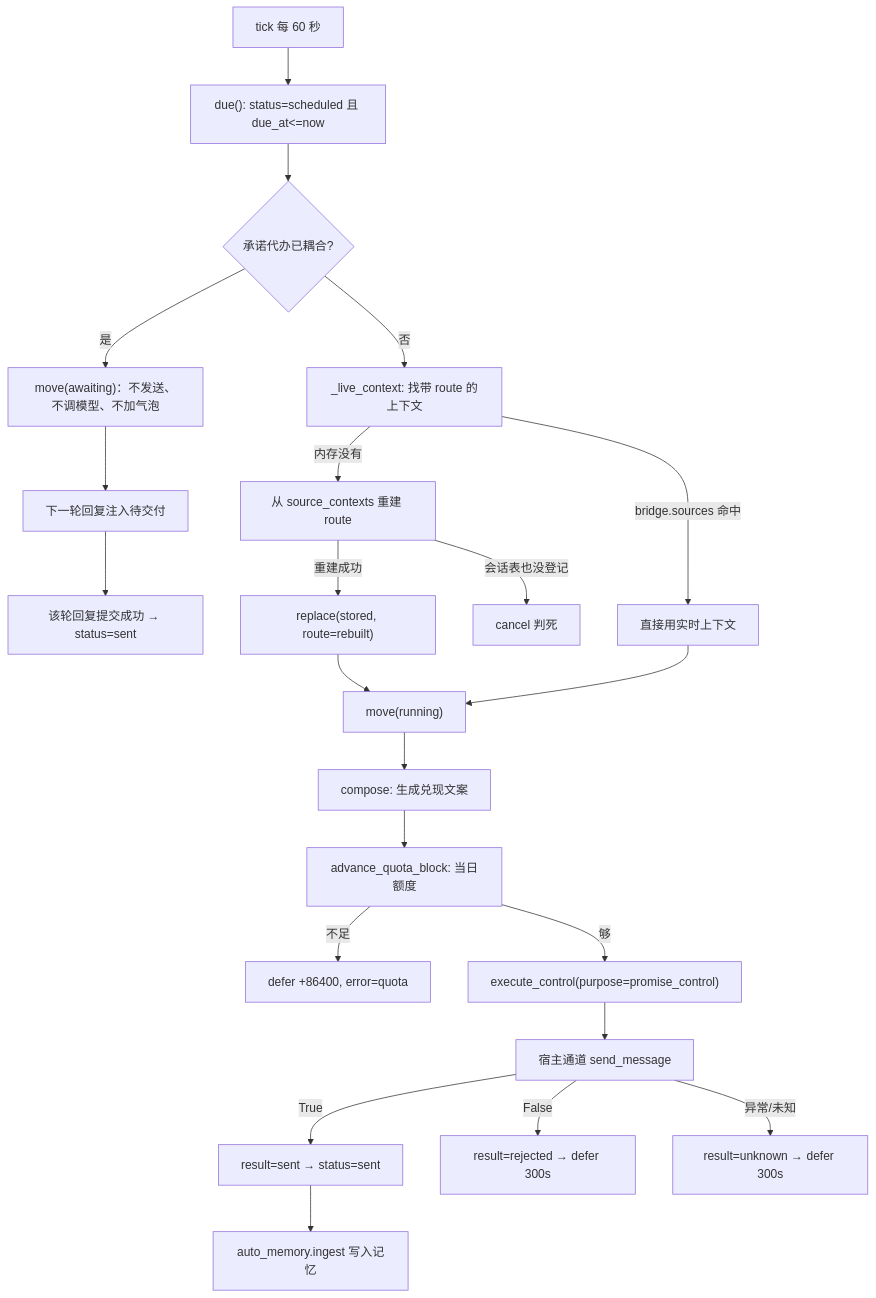
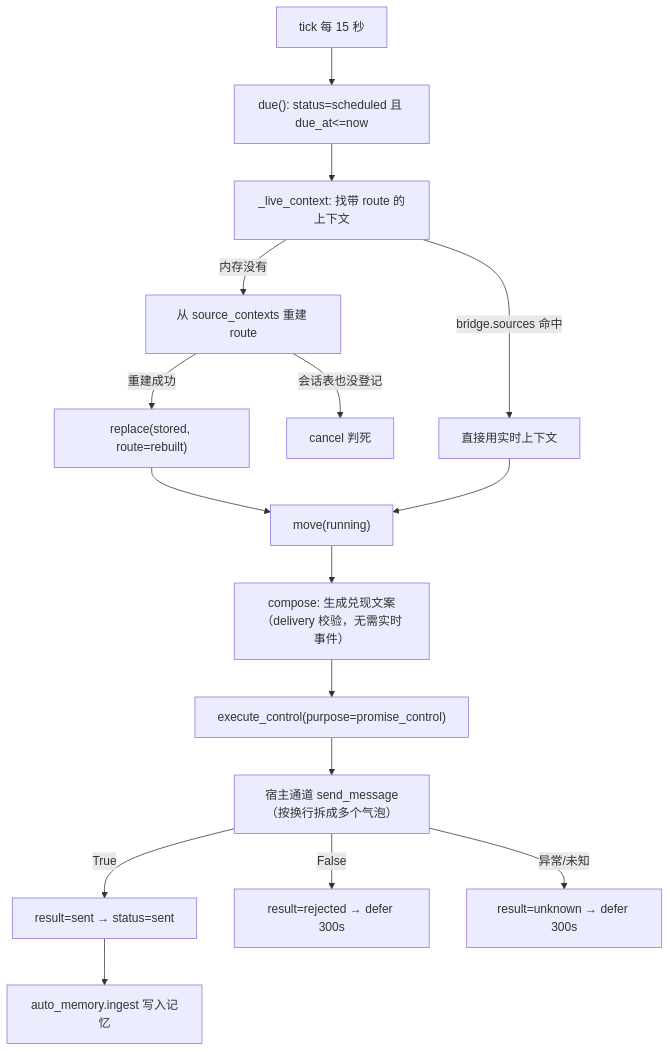
The diagram in docs/promise.md (AKIhunter/astrbot_plugin_livingemotion), drawn with Mermaid before and after one commit. The commit also changed other lines of this file and 14 other files, not shown here.

````diff
--- a/docs/promise.md
+++ b/docs/promise.md
@@ -67,24 +71,18 @@
 ```mermaid
 flowchart TD
-    A["tick 每 60 秒"] --> B["due(): status=scheduled 且 due_at<=now"]
-    B --> Q{"承诺代办已耦合?"}
-    Q -->|"是"| R["move(awaiting)：不发送、不调模型、不加气泡"]
-    R --> S["下一轮回复注入待交付"]
-    S --> T["该轮回复提交成功 → status=sent"]
-    Q -->|"否"| C["_live_context: 找带 route 的上下文"]
+    A["tick 每 15 秒"] --> B["due(): status=scheduled 且 due_at<=now"]
+    B --> C["_live_context: 找带 route 的上下文"]
     C -->|"bridge.sources 命中"| D["直接用实时上下文"]
     C -->|"内存没有"| E["从 source_contexts 重建 route"]
     E -->|"会话表也没登记"| F["cancel 判死"]
     E -->|"重建成功"| G["replace(stored, route=rebuilt)"]
     G --> H["move(running)"]
     D --> H
-    H --> I["compose: 生成兑现文案"]
-    I --> J["advance_quota_block: 当日额度"]
-    J -->|"不足"| K["defer +86400, error=quota"]
-    J -->|"够"| L["execute_control(purpose=promise_control)"]
-    L --> M["宿主通道 send_message"]
+    H --> I["compose: 生成兑现文案（delivery 校验，无需实时事件）"]
+    I --> L["execute_control(purpose=promise_control)"]
+    L --> M["宿主通道 send_message（按换行拆成多个气泡）"]
     M -->|"True"| N["result=sent → status=sent"]
     M -->|"False"| O["result=rejected → defer 300s"]
     M -->|"异常/未知"| P["result=unknown → defer 300s"]
     N --> U["auto_memory.ingest 写入记忆"]
 ```
````
